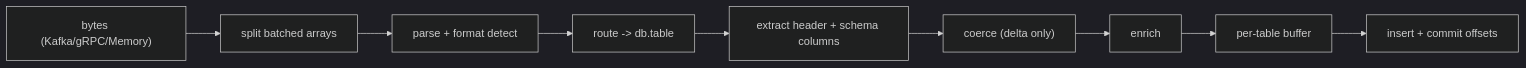
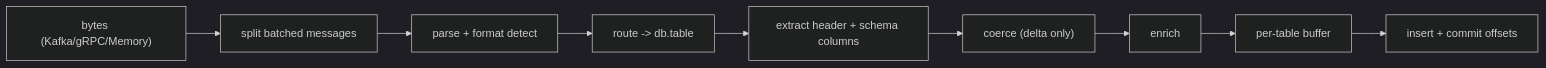
Before and after one commit to hyperi-io/dfe-loader: the diagram in docs/pipeline/OVERVIEW.md, drawn with Mermaid (dark theme). The commit also changed other lines of this file and 8 other files, not shown here.

````diff
--- a/docs/pipeline/OVERVIEW.md
+++ b/docs/pipeline/OVERVIEW.md
@@ -19,13 +19,13 @@
 ```mermaid
 flowchart LR
     M["bytes (Kafka/gRPC/Memory)"]
-    S["split batched arrays"]
+    S["split batched messages"]
     P["parse + format detect"]
     R["route -> db.table"]
     X["extract header + schema columns"]
     C["coerce (delta only)"]
     E["enrich"]
     B["per-table buffer"]
     I["insert + commit offsets"]
     M --> S --> P --> R --> X --> C --> E --> B --> I
 ```
````
